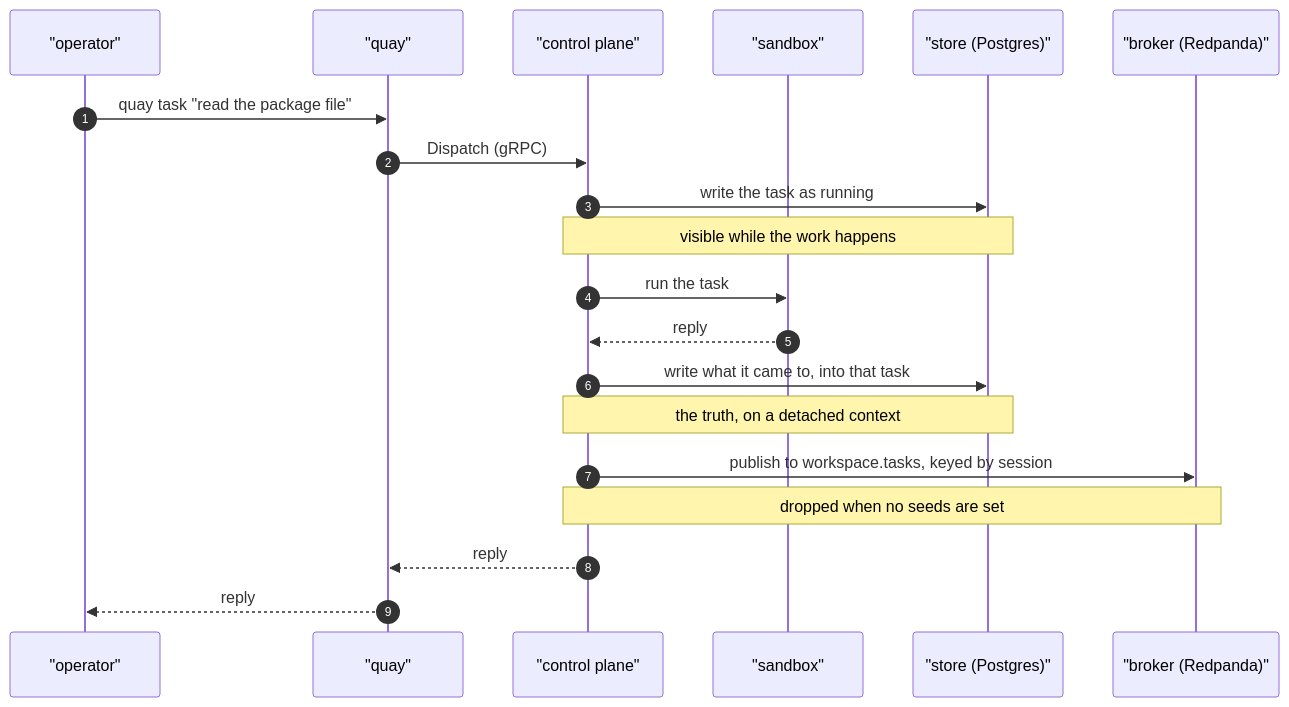
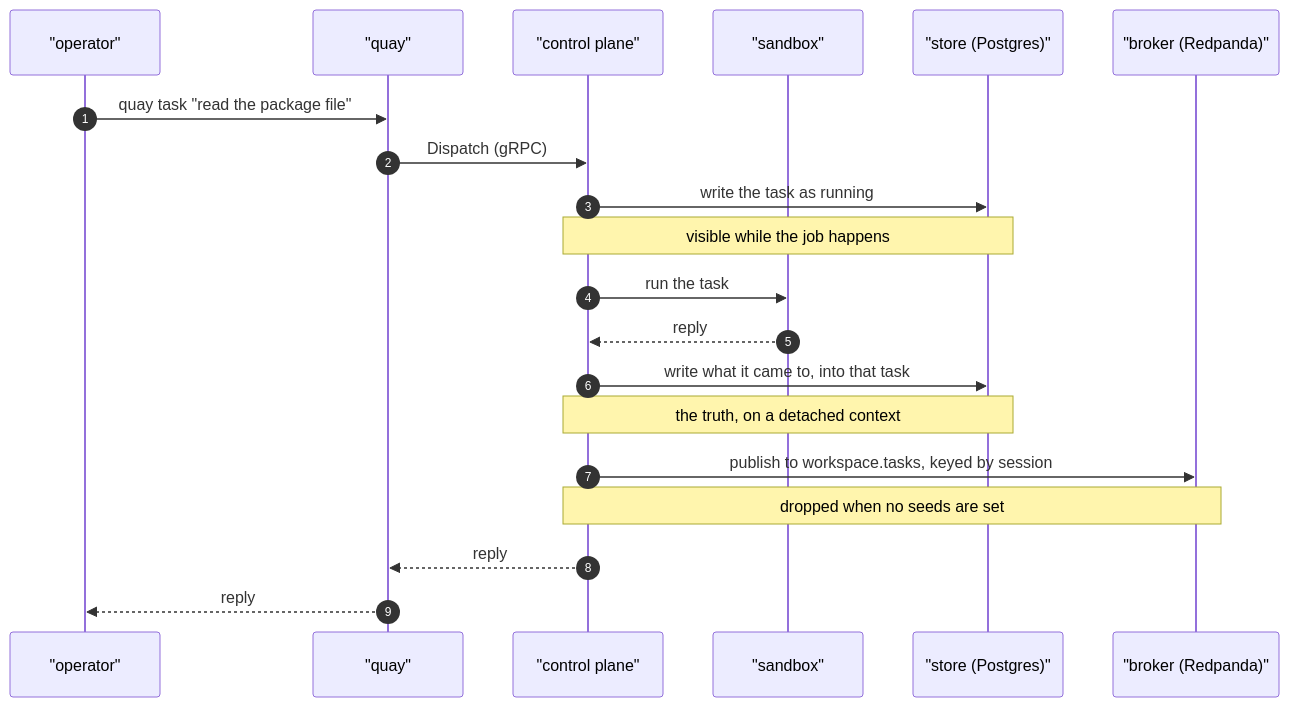
Before and after one commit to atlantic-blue/quay-crew: the third of 3 diagrams in docs/TASKS.md, drawn with Mermaid. The commit also changed other lines of this file and 222 other files, not shown here.

Commit message:
refactor: declared intent is a job, not work

````diff
--- a/docs/TASKS.md
+++ b/docs/TASKS.md
@@ -132,23 +142,23 @@
 ```mermaid
 sequenceDiagram
     autonumber
     participant YOU as "operator"
     participant CLI as "quay"
     participant CP as "control plane"
     participant SBX as "sandbox"
     participant DB as "store (Postgres)"
     participant LOG as "broker (Redpanda)"
 
     YOU->>CLI: quay task "read the package file"
     CLI->>CP: Dispatch (gRPC)
     CP->>DB: write the task as running
-    Note over CP,DB: visible while the work happens
+    Note over CP,DB: visible while the job happens
     CP->>SBX: run the task
     SBX-->>CP: reply
     CP->>DB: write what it came to, into that task
     Note over CP,DB: the truth, on a detached context
     CP->>LOG: publish to workspace.tasks, keyed by session
     Note over CP,LOG: dropped when no seeds are set
     CP-->>CLI: reply
     CLI-->>YOU: reply
 ```
````
